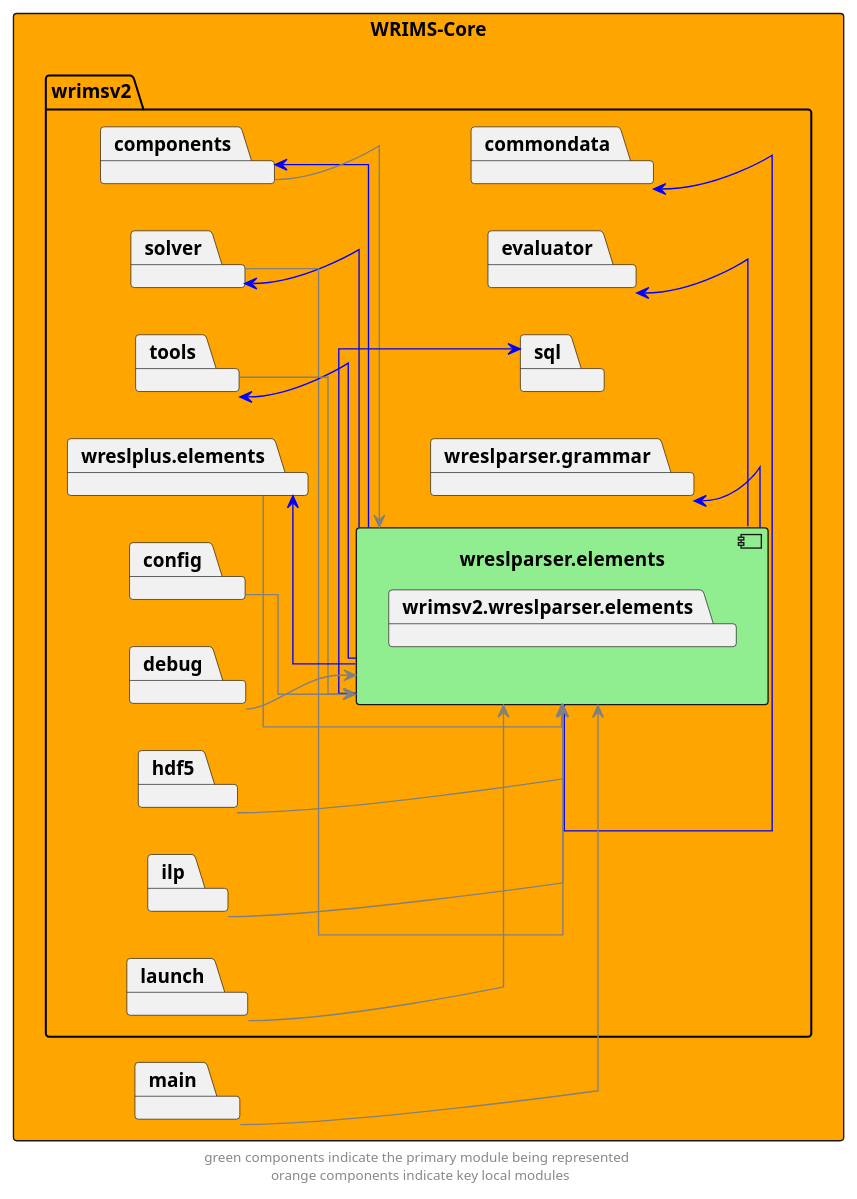
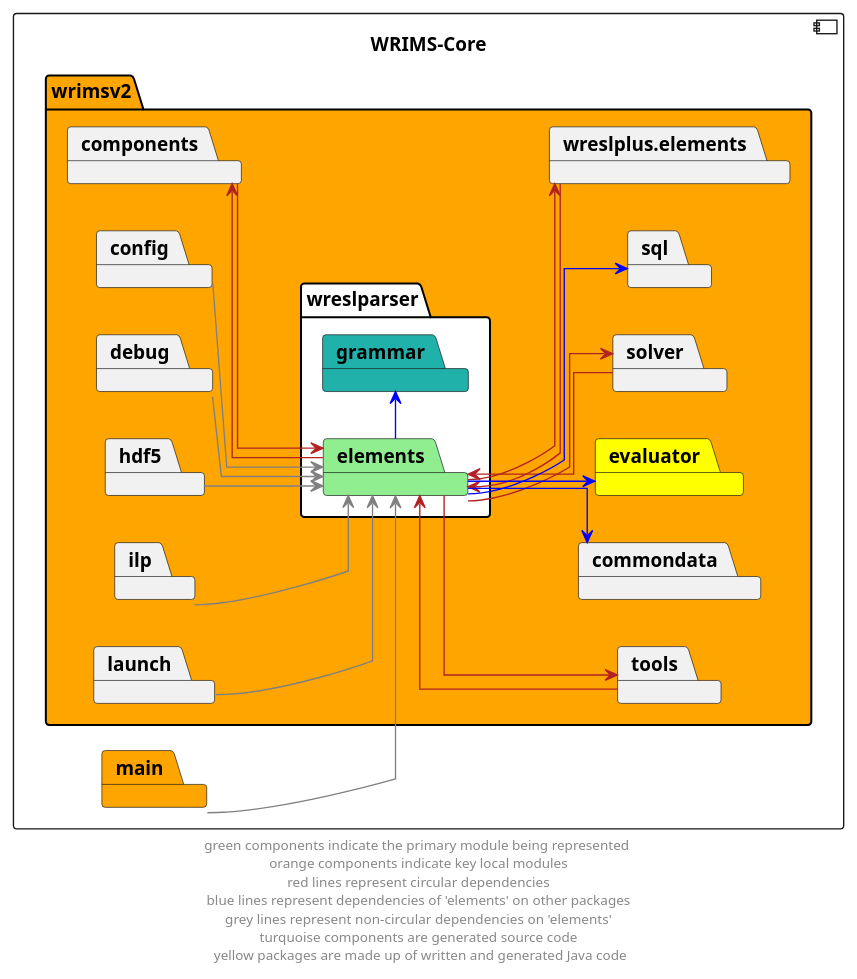
One commit to CentralValleyModeling/wrims changed the diagram in docs/diagrams/wrims-core/wrims-core_wreslparser-elements.puml. Above: the diagram before and after it, drawn with PlantUML. The commit also changed 63 other files, not shown here.

First line of the commit message:
Updated diagrams for improved consistency and legibility (#226)

```diff
--- a/docs/diagrams/wrims-core/wrims-core_wreslparser-elements.puml
+++ b/docs/diagrams/wrims-core/wrims-core_wreslparser-elements.puml
@@ -1,55 +1,53 @@
 @startuml
 left to right direction
 skinparam linetype ortho
 
-rectangle wrims_core as "WRIMS-Core" #orange {
-        package wrimsv2{
-            package wreslparser.elements {
-                component wreslparser.elements #lightgreen {
-                    package wrimsv2.wreslparser.elements
-                }
-            }
+component wrims_core as "WRIMS-Core" {
+    package wrimsv2 #orange {
+        package wreslparser #white {
+            package elements #lightgreen
+            package grammar #lightseagreen
+        }
         package commondata
         package components
-        package evaluator
+        package evaluator #yellow
         package solver
         package tools
         package sql
-        package wreslparser.grammar
         package wreslplus.elements
 
         package config
         package debug
         package hdf5
         package ilp
         package launch
     }
-package main
+    package main #orange
 }
 
-wreslparser.elements -l->  components #blue
-components -->  wreslparser.elements #grey
-wreslparser.elements -l->  solver #blue
-solver -->  wreslparser.elements #grey
-wreslparser.elements -l->  tools #blue
-tools -->  wreslparser.elements #grey
-wreslparser.elements -l->  wreslplus.elements #blue
-wreslplus.elements -->  wreslparser.elements #grey
+elements -r->  components #firebrick
+components -->  elements #firebrick
+elements -d->  solver #firebrick
+solver -->  elements #firebrick
+elements -->  tools #firebrick
+tools -l->  elements #firebrick
+elements -->  wreslplus.elements #firebrick
+wreslplus.elements -->  elements #firebrick
 
-wreslparser.elements -r->  commondata #blue
-wreslparser.elements -r->  evaluator #blue
-wreslparser.elements -r->  sql #blue
-wreslparser.elements -r->  wreslparser.grammar #blue
+elements -->  commondata #blue
+elements -->  evaluator #blue
+elements -->  sql #blue
+elements -r->  grammar #blue
 
-config -->  wreslparser.elements #grey
-debug -->  wreslparser.elements #grey
-hdf5 -->  wreslparser.elements #grey
-ilp -->  wreslparser.elements #grey
-launch -->  wreslparser.elements #grey
-main --> wreslparser.elements #grey
+config -->  elements #grey
+debug -->  elements #grey
+hdf5 -->  elements #grey
+ilp -->  elements #grey
+launch -->  elements #grey
+main --> elements #grey
 
 ' The following relationships are hidden and used to format the diagram. They do not represent actual dependencies.
 'debug -r[hidden]-> evaluator
 
-footer "green components indicate the primary module being represented \n orange components indicate key local modules"
+footer "green components indicate the primary module being represented \n orange components indicate key local modules \n red lines represent circular dependencies \n blue lines represent dependencies of 'elements' on other packages \n grey lines represent non-circular dependencies on 'elements' \n turquoise components are generated source code \n yellow packages are made up of written and generated Java code"
 @enduml
```
